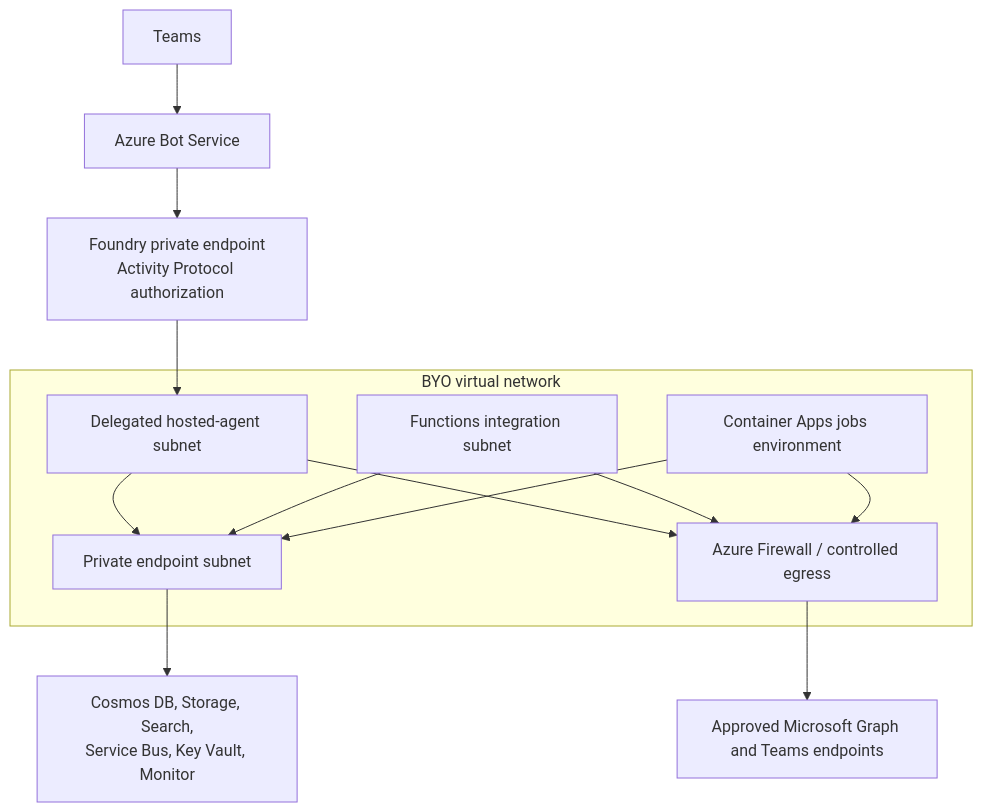
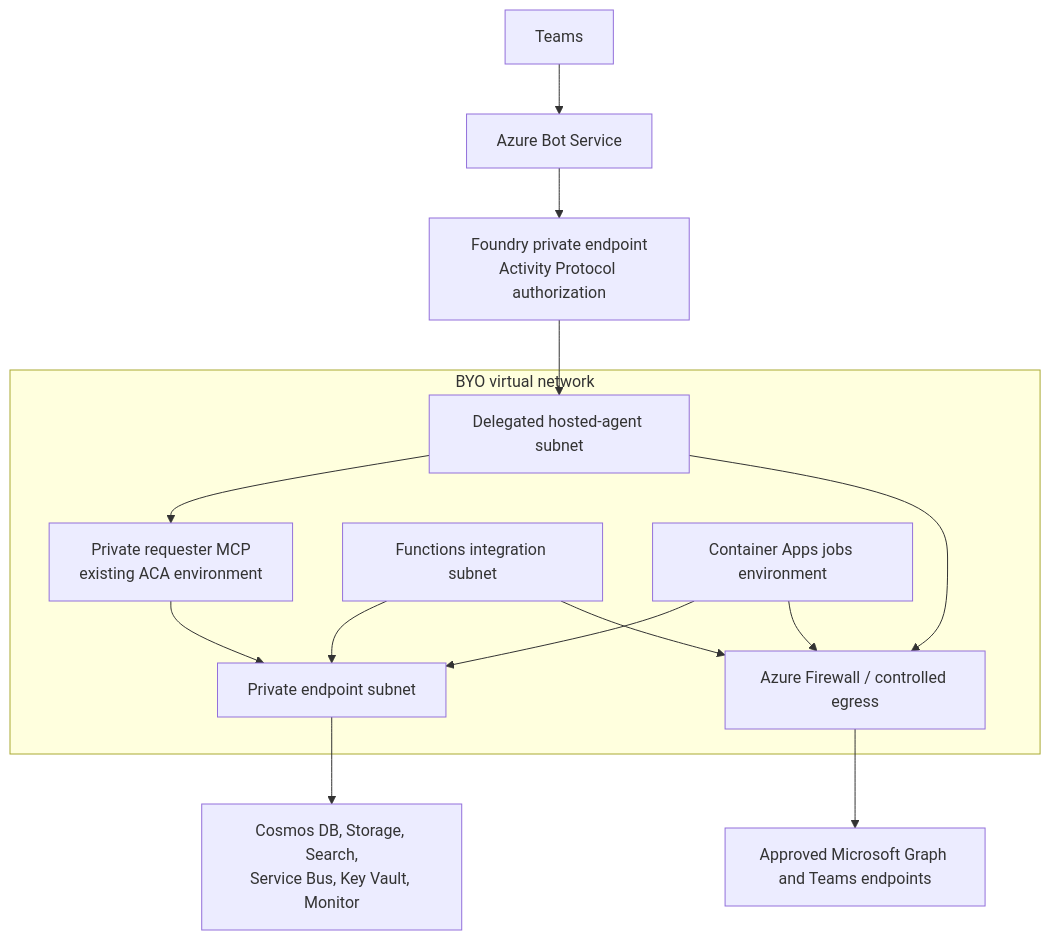
Before and after one commit to duongthaiha/intake-agent: the tenth of 12 diagrams in architecture.md, drawn with Mermaid. The commit also changed other lines of this file and 46 other files, not shown here.

Commit message:
feat: extract requester tools to private MCP service

````diff
--- a/architecture.md
+++ b/architecture.md
@@ -782,23 +817,25 @@
 ```mermaid
 flowchart TB
     Teams[Teams] --> Bot[Azure Bot Service]
     Bot --> PrivateFoundry[Foundry private endpoint<br/>Activity Protocol authorization]
 
     subgraph VNet["BYO virtual network"]
         HostedSubnet[Delegated hosted-agent subnet]
+        MCP[Private requester MCP<br/>existing ACA environment]
         FunctionSubnet[Functions integration subnet]
         JobSubnet[Container Apps jobs environment]
         PE[Private endpoint subnet]
         Firewall[Azure Firewall / controlled egress]
     end
 
     PrivateFoundry --> HostedSubnet
-    HostedSubnet --> PE
+    HostedSubnet --> MCP
+    MCP --> PE
     FunctionSubnet --> PE
     JobSubnet --> PE
     PE --> Data[Cosmos DB, Storage, Search,<br/>Service Bus, Key Vault, Monitor]
     HostedSubnet --> Firewall
     FunctionSubnet --> Firewall
     JobSubnet --> Firewall
     Firewall --> M365Endpoints[Approved Microsoft Graph and Teams endpoints]
 ```
````
